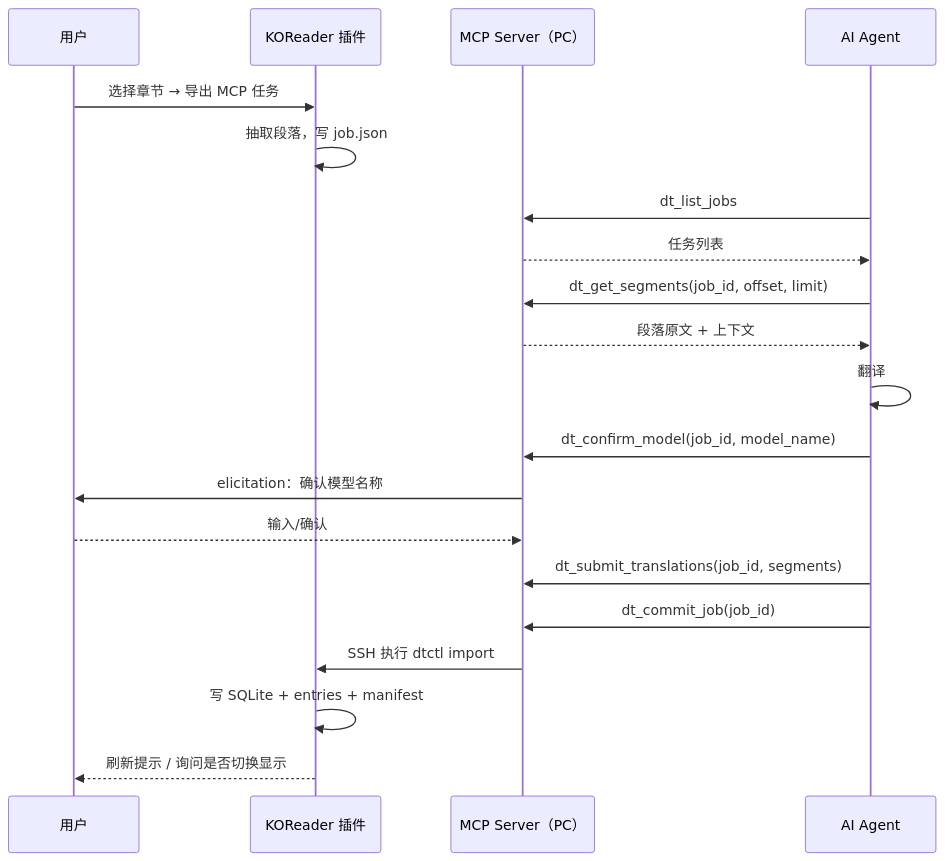
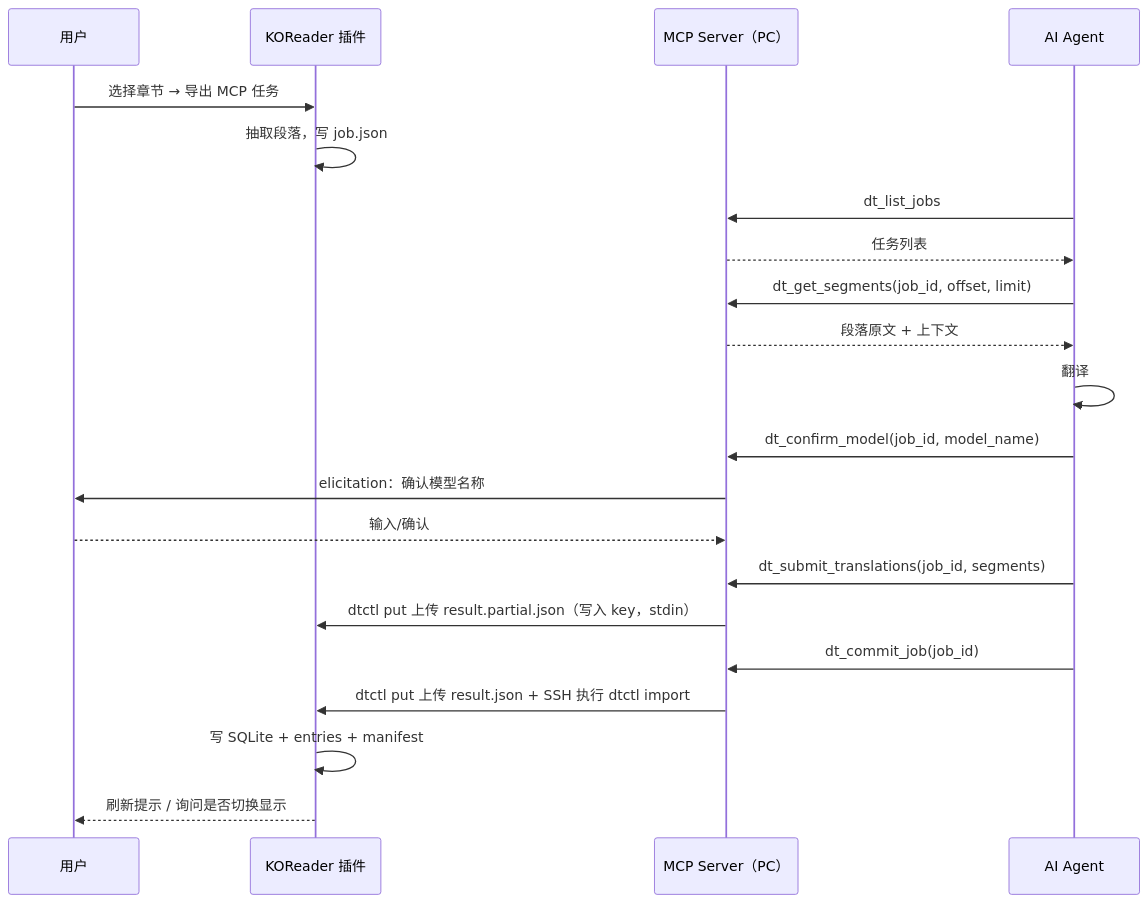
The second of 2 diagrams in docs/DESIGN_v1.3_MULTIPROVIDER_MCP.md (Lyle101/dualtranslate.koplugin), drawn with Mermaid before and after one commit. The commit also changed other lines of this file, not shown here.

````diff
--- a/docs/DESIGN_v1.3_MULTIPROVIDER_MCP.md
+++ b/docs/DESIGN_v1.3_MULTIPROVIDER_MCP.md
@@ -1247,23 +1249,24 @@
 ```mermaid
 sequenceDiagram
     participant U as 用户
     participant K as KOReader 插件
     participant S as MCP Server（PC）
     participant A as AI Agent
 
     U->>K: 选择章节 → 导出 MCP 任务
     K->>K: 抽取段落，写 job.json
     A->>S: dt_list_jobs
     S-->>A: 任务列表
     A->>S: dt_get_segments(job_id, offset, limit)
     S-->>A: 段落原文 + 上下文
     A->>A: 翻译
     A->>S: dt_confirm_model(job_id, model_name)
     S->>U: elicitation：确认模型名称
     U-->>S: 输入/确认
     A->>S: dt_submit_translations(job_id, segments)
+    S->>K: dtctl put 上传 result.partial.json（写入 key，stdin）
     A->>S: dt_commit_job(job_id)
-    S->>K: SSH 执行 dtctl import
+    S->>K: dtctl put 上传 result.json + SSH 执行 dtctl import
     K->>K: 写 SQLite + entries + manifest
     K-->>U: 刷新提示 / 询问是否切换显示
 ```
````
